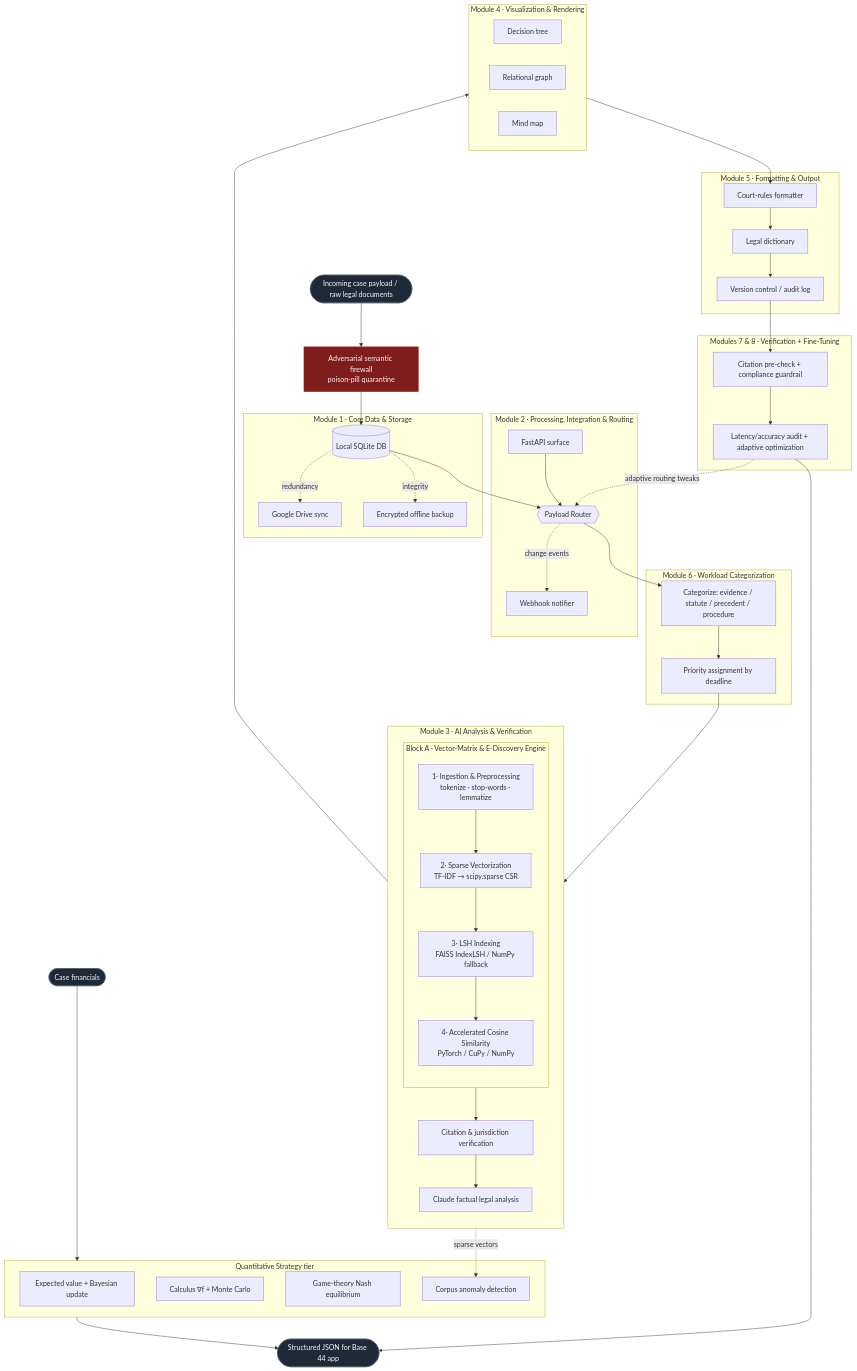
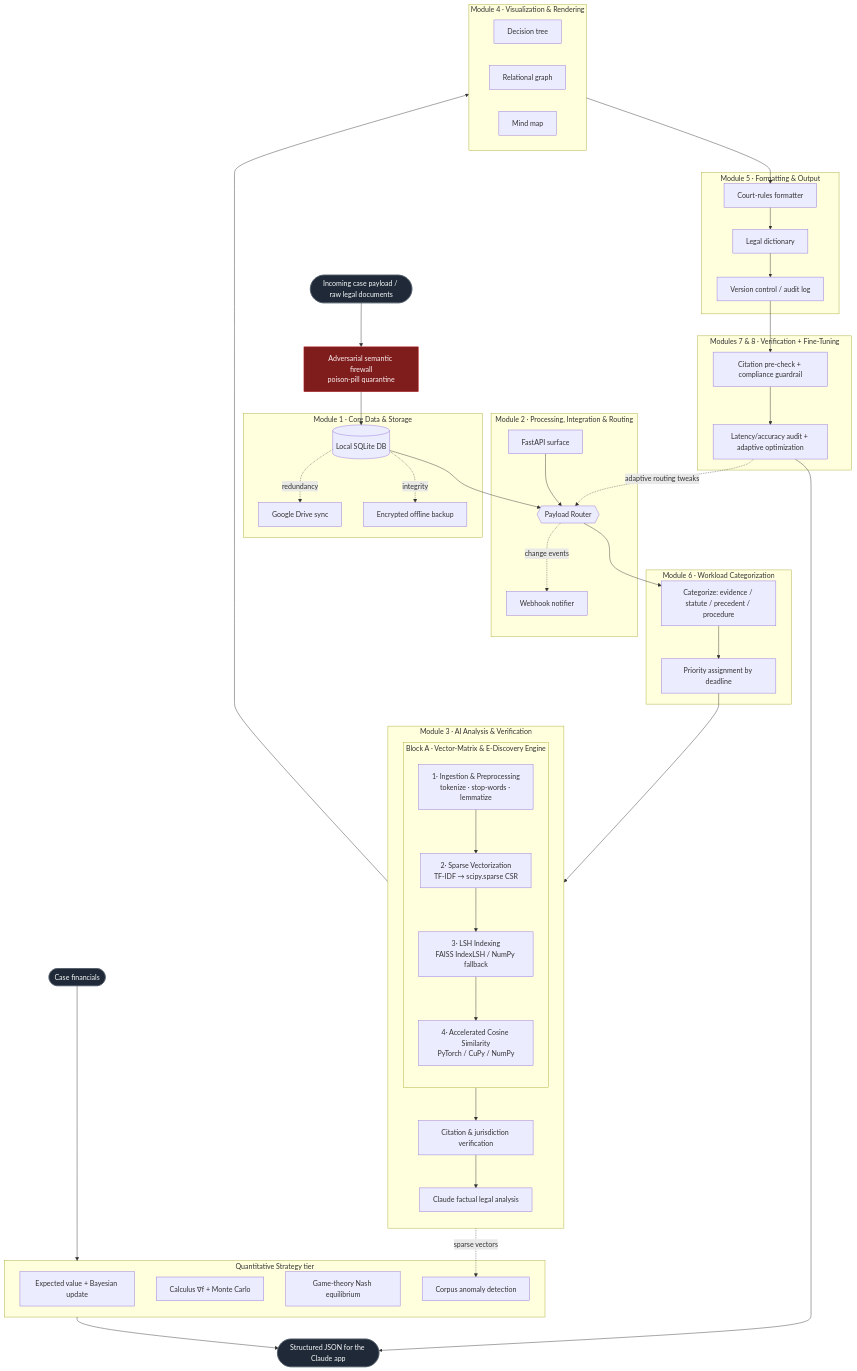
The diagram in base44-pipeline/docs/architecture.mmd (YoungstaBlue/Random), drawn with Mermaid before and after one commit. The commit also changed 85 other files, not shown here.

First line of the commit message:
Rename base44 to Claude Legal throughout the pipeline

```diff
--- a/base44-pipeline/docs/architecture.mmd
+++ b/base44-pipeline/docs/architecture.mmd
@@ -1,80 +1,80 @@
-%% base44 — Unified Legal Analysis & Vector-Matrix Pipeline
+%% Claude Legal — Unified Legal Analysis & Vector-Matrix Pipeline
 %% Block A (vector-matrix engine) is nested inside Block B (Module 3).
 flowchart TD
     IN([Incoming case payload / raw legal documents]):::io
     FW[Adversarial semantic firewall<br/>poison-pill quarantine]:::guard
     FIN([Case financials]):::io
 
     subgraph B1["Module 1 · Core Data & Storage"]
         LDB[(Local SQLite DB)]
         CLOUD[Google Drive sync]
         BAK[Encrypted offline backup]
     end
 
     subgraph B2["Module 2 · Processing, Integration & Routing"]
         ROUTER{{Payload Router}}
         HOOK[Webhook notifier]
         API[FastAPI surface]
     end
 
     subgraph B6["Module 6 · Workload Categorization"]
         CAT[Categorize: evidence / statute / precedent / procedure]
         PRIO[Priority assignment by deadline]
     end
 
     subgraph B3["Module 3 · AI Analysis & Verification"]
         direction TB
         subgraph A["Block A · Vector-Matrix & E-Discovery Engine"]
             direction TB
             A1[1· Ingestion & Preprocessing<br/>tokenize · stop-words · lemmatize]
             A2[2· Sparse Vectorization<br/>TF-IDF → scipy.sparse CSR]
             A3[3· LSH Indexing<br/>FAISS IndexLSH / NumPy fallback]
             A4[4· Accelerated Cosine Similarity<br/>PyTorch / CuPy / NumPy]
             A1 --> A2 --> A3 --> A4
         end
         CITE[Citation & jurisdiction verification]
         LLM[Claude factual legal analysis]
     end
 
     subgraph B4["Module 4 · Visualization & Rendering"]
         DTREE[Decision tree]
         GRAPH[Relational graph]
         MIND[Mind map]
     end
 
     subgraph B5["Module 5 · Formatting & Output"]
         COURT[Court-rules formatter]
         DICT[Legal dictionary]
         VER[Version control / audit log]
     end
 
     subgraph B7B8["Modules 7 & 8 · Verification + Fine-Tuning"]
         VERIFY[Citation pre-check + compliance guardrail]
         METRIC[Latency/accuracy audit + adaptive optimization]
     end
 
     subgraph QT["Quantitative Strategy tier"]
         QEV[Expected value + Bayesian update]
         QCALC[Calculus ∇f + Monte Carlo]
         QGAME[Game-theory Nash equilibrium]
         QANOM[Corpus anomaly detection]
     end
 
-    OUT([Structured JSON for Base 44 app]):::io
+    OUT([Structured JSON for the Claude app]):::io
 
     IN --> FW --> LDB --> ROUTER
     ROUTER --> CAT --> PRIO --> A1
     A4 --> CITE --> LLM
     LLM --> B4
     B4 --> COURT --> DICT --> VER
     VER --> VERIFY --> METRIC --> OUT
     FIN --> QT --> OUT
     A4 -. sparse vectors .-> QANOM
     ROUTER -. change events .-> HOOK
     LDB -. redundancy .-> CLOUD
     LDB -. integrity .-> BAK
     METRIC -. adaptive routing tweaks .-> ROUTER
     API --> ROUTER
 
     classDef io fill:#1f2937,stroke:#4b5563,color:#f9fafb;
     classDef guard fill:#7f1d1d,stroke:#b91c1c,color:#fef2f2;
```
